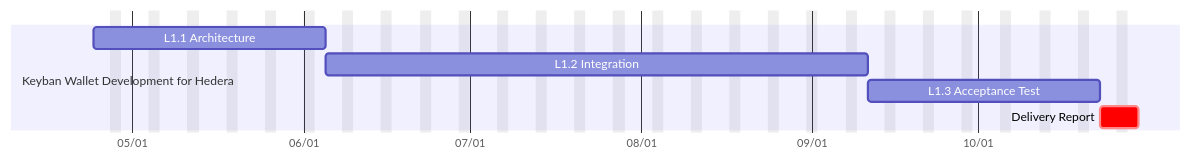
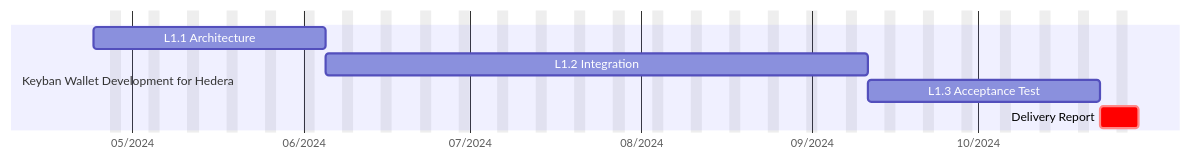
One commit to keyban-io/sdk-js changed the first of 3 diagrams in project/weavenn/planning.md. Above: the diagram before and after it, drawn with Mermaid. The commit also changed other lines of this file and 3 other files, not shown here.

````diff
--- a/project/weavenn/planning.md
+++ b/project/weavenn/planning.md
@@ -27,12 +13,12 @@
 ```mermaid
 gantt
     dateFormat  YYYY-MM-DD
-    axisFormat %m/%d
+    axisFormat %m/%Y
     excludes weekdays saturday,sunday
 
     section Keyban Wallet Development for Hedera
     L1.1 Architecture: a1, 2024-04-24, 30d
     L1.2 Integration: s2, after a1, 70d
     L1.3 Acceptance Test: si, after s2, 30d
     Delivery Report: crit, after si, 5d
 ```
````
